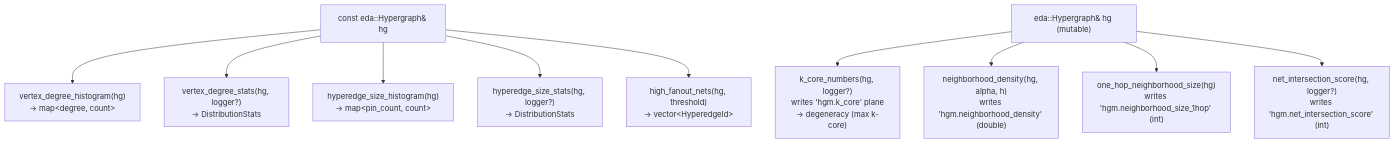
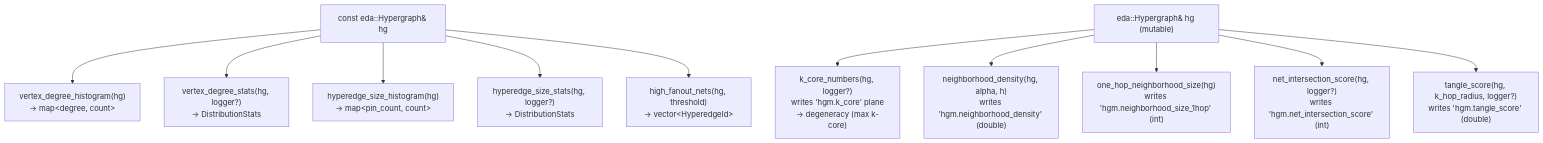
Before and after one commit to rfive88/eda-lab: the first of 12 diagrams in src/hg_metrics/FLOW.md, drawn with Mermaid. The commit also changed other lines of this file and 4 other files, not shown here.

First line of the commit message:
hg_metrics: C4 local Rent tangle score

````diff
--- a/src/hg_metrics/FLOW.md
+++ b/src/hg_metrics/FLOW.md
@@ -26,12 +28,13 @@
 ```mermaid
 graph TD
     A["const eda::Hypergraph& hg"] --> B["vertex_degree_histogram(hg)<br/>-> map&lt;degree, count&gt;"]
     A --> C["vertex_degree_stats(hg, logger?)<br/>-> DistributionStats"]
     A --> D["hyperedge_size_histogram(hg)<br/>-> map&lt;pin_count, count&gt;"]
     A --> E["hyperedge_size_stats(hg, logger?)<br/>-> DistributionStats"]
     A --> F["high_fanout_nets(hg, threshold)<br/>-> vector&lt;HyperedgeId&gt;"]
     G["eda::Hypergraph& hg (mutable)"] --> H["k_core_numbers(hg, logger?)<br/>writes 'hgm.k_core' plane<br/>-> degeneracy (max k-core)"]
     G --> I["neighborhood_density(hg, alpha, h)<br/>writes 'hgm.neighborhood_density' (double)"]
     G --> J["one_hop_neighborhood_size(hg)<br/>writes 'hgm.neighborhood_size_1hop' (int)"]
     G --> K["net_intersection_score(hg, logger?)<br/>writes 'hgm.net_intersection_score' (int)"]
+    G --> L["tangle_score(hg, k_hop_radius, logger?)<br/>writes 'hgm.tangle_score' (double)"]
 ```
````
